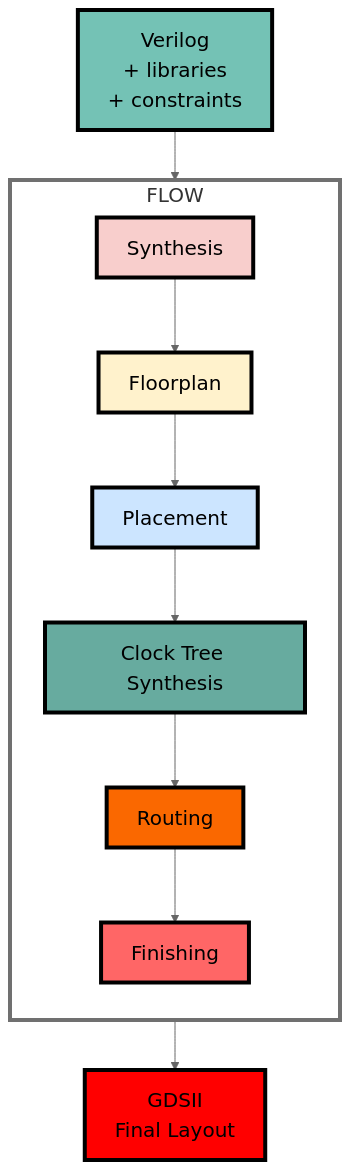
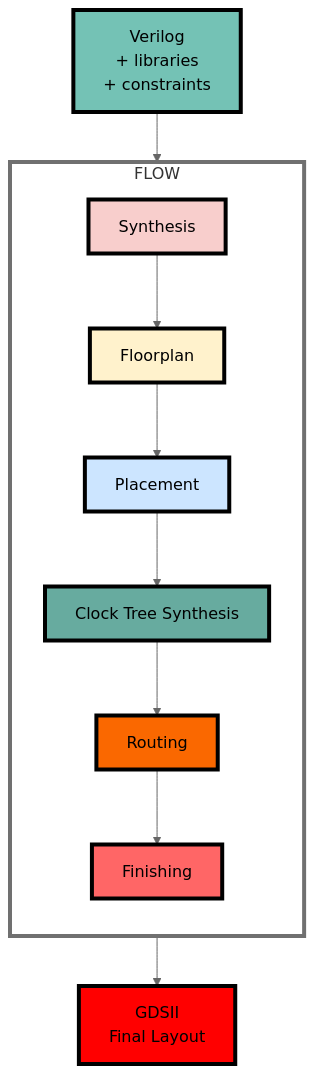
The first of 2 diagrams in README.md (The-OpenROAD-Project/OpenROAD), drawn with Mermaid before and after one commit.

Commit message:
mermaid diagram change

````diff
--- a/README.md
+++ b/README.md
@@ -15,36 +15,35 @@
 ```mermaid
 %%{
   init: {
     'theme': 'neutral',
     'themeVariables': {
       'textColor': '#000000',
-      'noteTextColor' : '#000000',
-      'fontSize': '20px'
+      'noteTextColor' : '#000000'
     }
   }
 }%%
 
 flowchart TB
     A[Verilog\n+ libraries\n + constraints] --> FLOW
     style A fill:#74c2b5,stroke:#000000,stroke-width:4px
     subgraph FLOW
     style FLOW fill:#FFFFFF00,stroke-width:4px
 
     direction TB
         B[Synthesis]
         B --> C[Floorplan] 
         C --> D[Placement]
         D --> E[Clock Tree Synthesis]
         E --> F[Routing]
         F --> G[Finishing]
         style B fill:#f8cecc,stroke:#000000,stroke-width:4px
         style C fill:#fff2cc,stroke:#000000,stroke-width:4px
         style D fill:#cce5ff,stroke:#000000,stroke-width:4px
         style E fill:#67ab9f,stroke:#000000,stroke-width:4px
         style F fill:#fa6800,stroke:#000000,stroke-width:4px
         style G fill:#ff6666,stroke:#000000,stroke-width:4px
     end
 
     FLOW --> H[GDSII\n Final Layout]
     style H fill:#ff0000,stroke:#000000,stroke-width:4px
 ```
````
